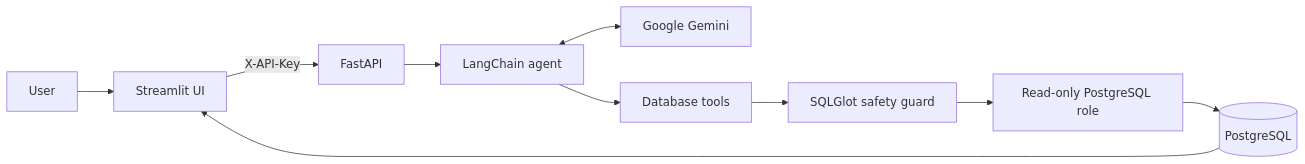
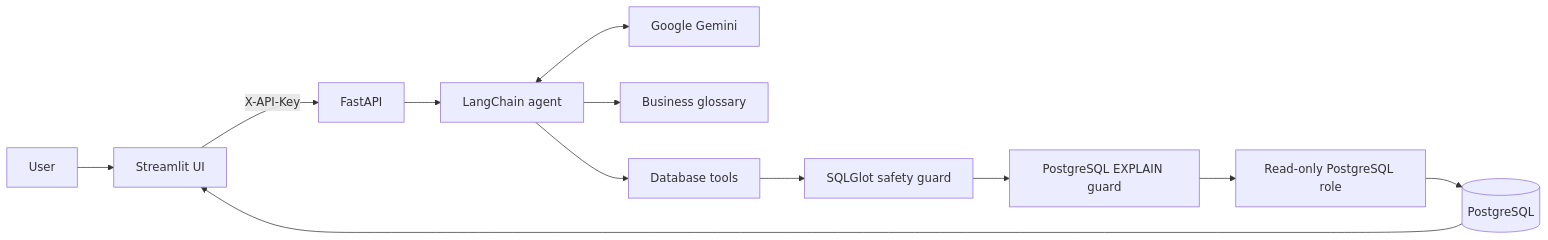
Before and after one commit to idevelopAI/databridge-ai: the diagram in README.md, drawn with Mermaid. The commit also changed other lines of this file and 27 other files, not shown here.

````diff
--- a/README.md
+++ b/README.md
@@ -24,12 +27,14 @@
 ```mermaid
 flowchart LR
     U["User"] --> UI["Streamlit UI"]
     UI -->|"X-API-Key"| API["FastAPI"]
     API --> AGENT["LangChain agent"]
     AGENT <--> MODEL["Google Gemini"]
+    AGENT --> GLOSSARY["Business glossary"]
     AGENT --> TOOLS["Database tools"]
     TOOLS --> GUARD["SQLGlot safety guard"]
-    GUARD --> ROLE["Read-only PostgreSQL role"]
+    GUARD --> PLAN["PostgreSQL EXPLAIN guard"]
+    PLAN --> ROLE["Read-only PostgreSQL role"]
     ROLE --> DB[("PostgreSQL")]
     DB --> UI
 ```
````
